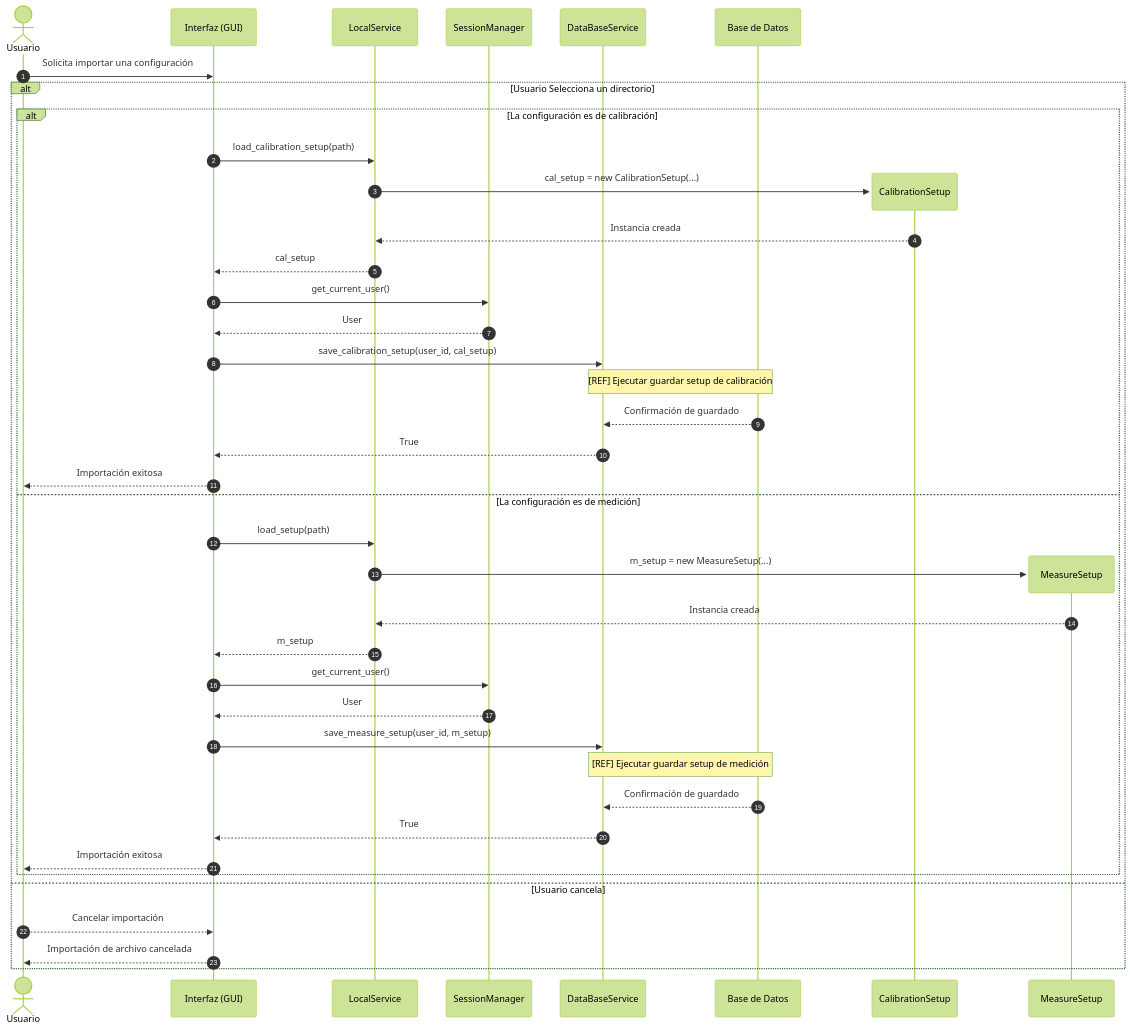
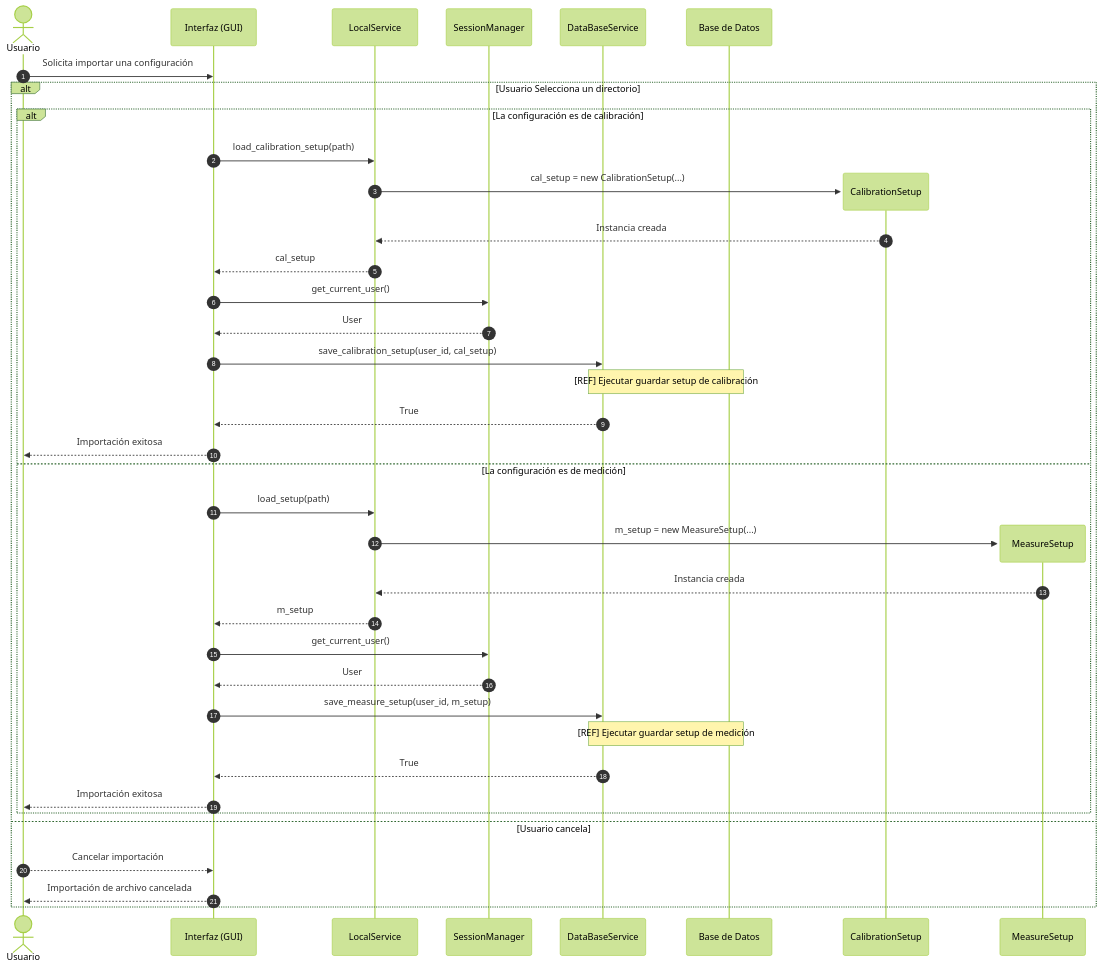
The seventh of 13 diagrams in Gmini-MarkDown/Diagramas/Diagramas de Secuencia.md (alegrelias/Repo-GMini), drawn with Mermaid (forest theme) before and after one commit. The commit also changed other lines of this file, not shown here.

Commit message:
Se agrega diagrama de secuencia

````diff
--- a/Gmini-MarkDown/Diagramas/Diagramas de Secuencia.md
+++ b/Gmini-MarkDown/Diagramas/Diagramas de Secuencia.md
@@ -210,45 +210,43 @@
 ```mermaid
 sequenceDiagram
 autonumber
 
 actor U as Usuario
 participant G as Interfaz (GUI)
 participant local as LocalService
 participant session as SessionManager
 participant dbs as DataBaseService
 participant db as Base de Datos
 
 U->>G: Solicita importar una configuración
 	alt Usuario Selecciona un directorio
 	alt La configuración es de calibración
 			G->>local: load_calibration_setup(path)
 			create participant C as CalibrationSetup
 			local->>C: cal_setup = new CalibrationSetup(...)
 			C-->>local: Instancia creada
 			local-->>G: cal_setup
 			G->>session: get_current_user()
 			session-->>G: User
 			G->>dbs: save_calibration_setup(user_id, cal_setup)
 			Note over dbs, db: [REF] Ejecutar guardar setup de calibración
-			db-->>dbs: Confirmación de guardado
 			dbs-->>G: True
 			G-->>U: Importación exitosa
 	else La configuración es de medición	
 		G->>local: load_setup(path)
 		create participant MS as MeasureSetup
 		local->>MS: m_setup = new MeasureSetup(...)
 		MS-->>local: Instancia creada
 		local-->>G: m_setup
 		G->>session: get_current_user()
 		session-->>G: User
 		G->>dbs: save_measure_setup(user_id, m_setup)
 		Note over dbs, db: [REF] Ejecutar guardar setup de medición
-		db-->>dbs: Confirmación de guardado
 		dbs-->>G: True
 		G-->>U: Importación exitosa
 	end
 	else Usuario cancela
 		U-->>G: Cancelar importación
 		G-->>U: Importación de archivo cancelada
 	end
 ```
````
